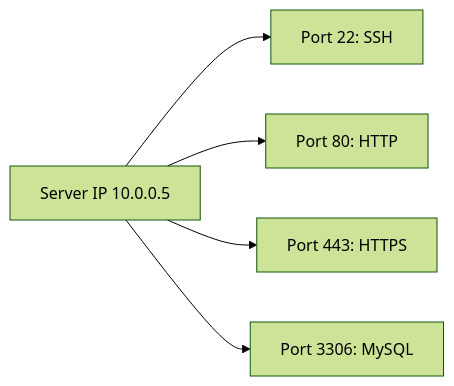
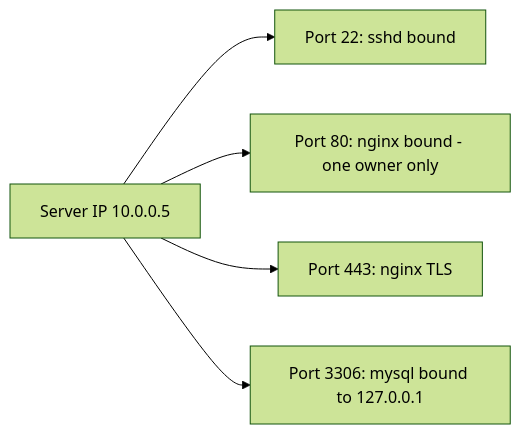
Before and after one commit to cloud-prakhar/learning-linux: the diagram in 07-networking-basics/ports-and-sockets.md, drawn with Mermaid (forest theme). The commit also changed other lines of this file and 69 other files, not shown here.

````diff
--- a/07-networking-basics/ports-and-sockets.md
+++ b/07-networking-basics/ports-and-sockets.md
@@ -29,7 +34,7 @@
 ```mermaid
 flowchart LR
-    IP[Server IP 10.0.0.5] --> P22[Port 22: SSH]
-    IP --> P80[Port 80: HTTP]
-    IP --> P443[Port 443: HTTPS]
-    IP --> P3306[Port 3306: MySQL]
+    IP[Server IP 10.0.0.5] --> P22[Port 22: sshd bound]
+    IP --> P80[Port 80: nginx bound - one owner only]
+    IP --> P443[Port 443: nginx TLS]
+    IP --> P3306[Port 3306: mysql bound to 127.0.0.1]
 ```
````
